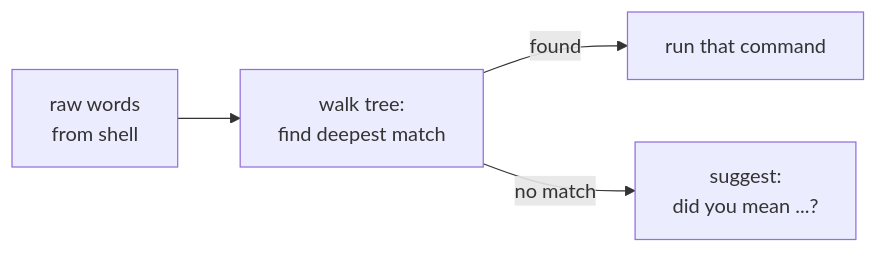
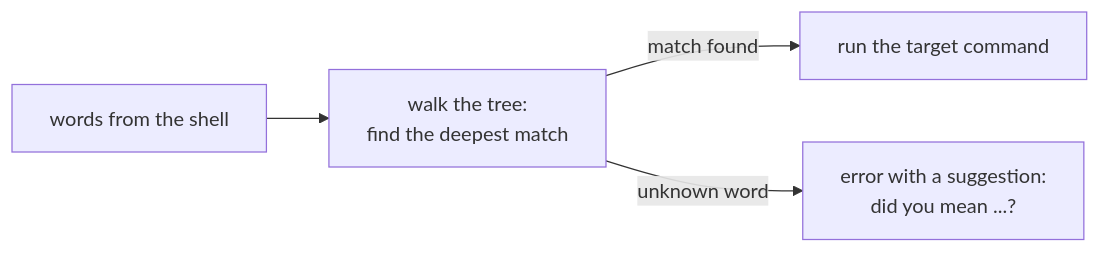
The first of 5 diagrams in docs/examples/cobra/.cluedoc/execution-and-dispatch/README.md (KeunwooPark/cluedoc), drawn with Mermaid before and after one commit. The commit also changed other lines of this file and 22 other files, not shown here.

````diff
--- a/docs/examples/cobra/.cluedoc/execution-and-dispatch/README.md
+++ b/docs/examples/cobra/.cluedoc/execution-and-dispatch/README.md
@@ -9,9 +10,8 @@
 ```mermaid
 flowchart LR
-    IN["raw words
-    from shell"] --> FIND["walk tree:
-    find deepest match"]
-    FIND -->|found| RUN["run that command"]
-    FIND -->|no match| SUG["suggest:
+    IN["words from the shell"] --> FIND["walk the tree:
+    find the deepest match"]
+    FIND -->|"match found"| RUN["run the target command"]
+    FIND -->|"unknown word"| SUG["error with a suggestion:
     did you mean ...?"]
 ```
````
